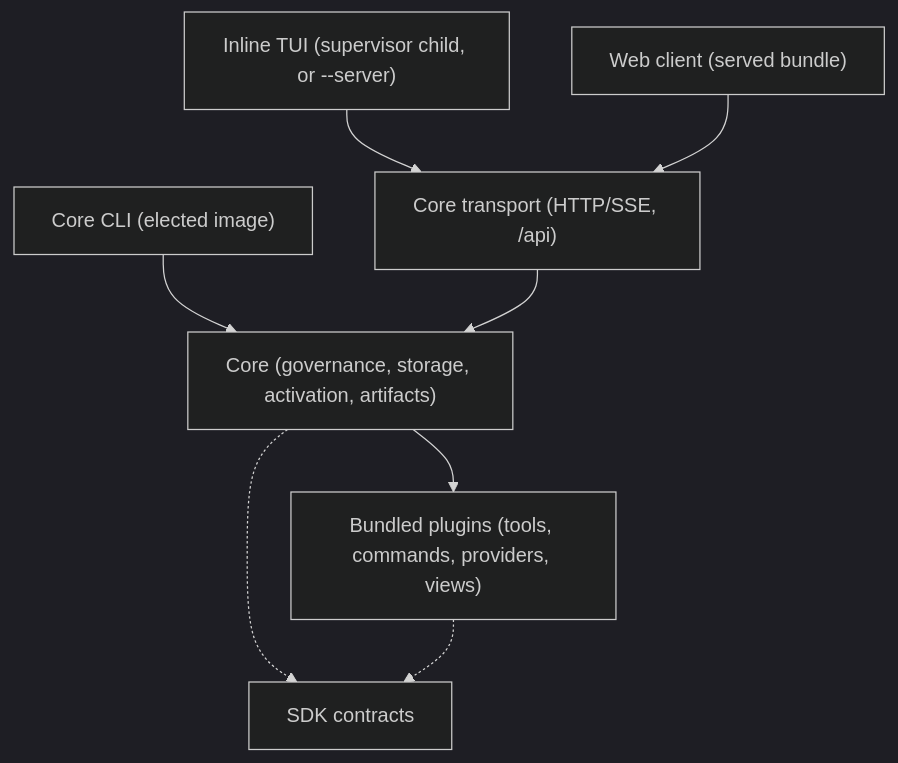
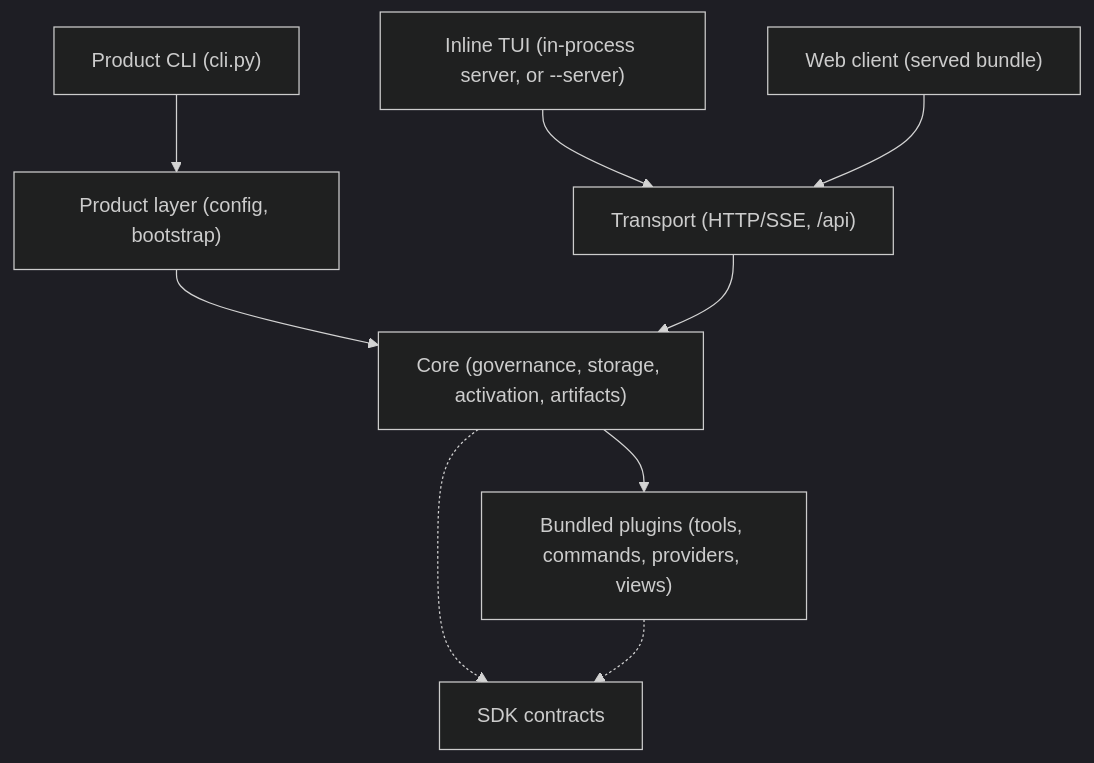
The diagram in README.md (lei-jia-xing/voidcode), drawn with Mermaid (dark theme) before and after one commit. The commit also changed other lines of this file and 237 other files, not shown here.

First line of the commit message:
refactor(core)!: cut over to minimal kernel with outer product layer

````diff
--- a/README.md
+++ b/README.md
@@ -124,10 +122,11 @@
 ```mermaid
 graph TD
-    CLI["Core CLI (elected image)"] --> Core["Core (governance, storage, activation, artifacts)"]
-    TUI["Inline TUI (supervisor child, or --server)"] --> Transport["Core transport (HTTP/SSE, /api)"]
+    CLI["Product CLI (cli.py)"] --> Product["Product layer (config, bootstrap)"]
+    TUI["Inline TUI (in-process server, or --server)"] --> Transport["Transport (HTTP/SSE, /api)"]
     Web["Web client (served bundle)"] --> Transport
+    Product --> Core["Core (governance, storage, activation, artifacts)"]
     Transport --> Core
     Core --> Plugins["Bundled plugins (tools, commands, providers, views)"]
     Core -.-> SDK["SDK contracts"]
     Plugins -.-> SDK
 ```
````
